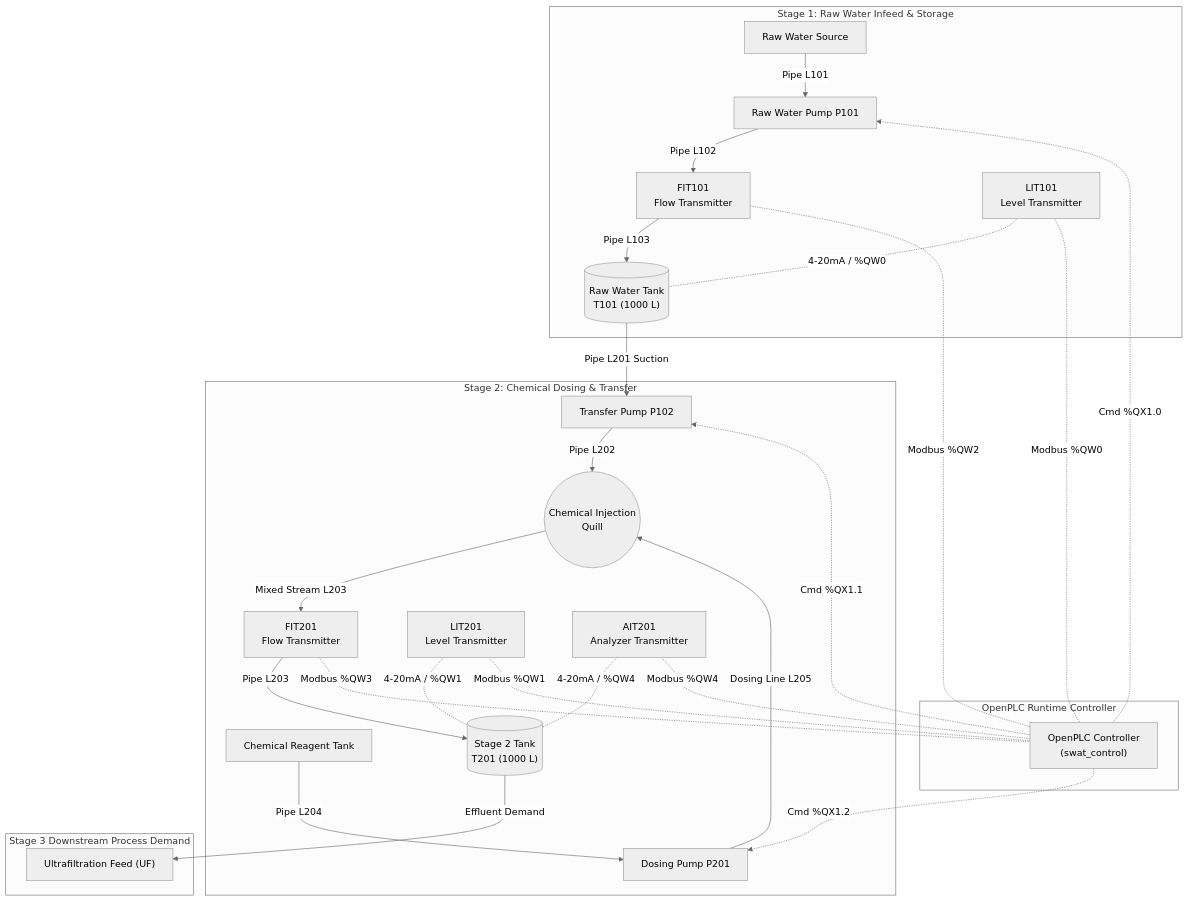
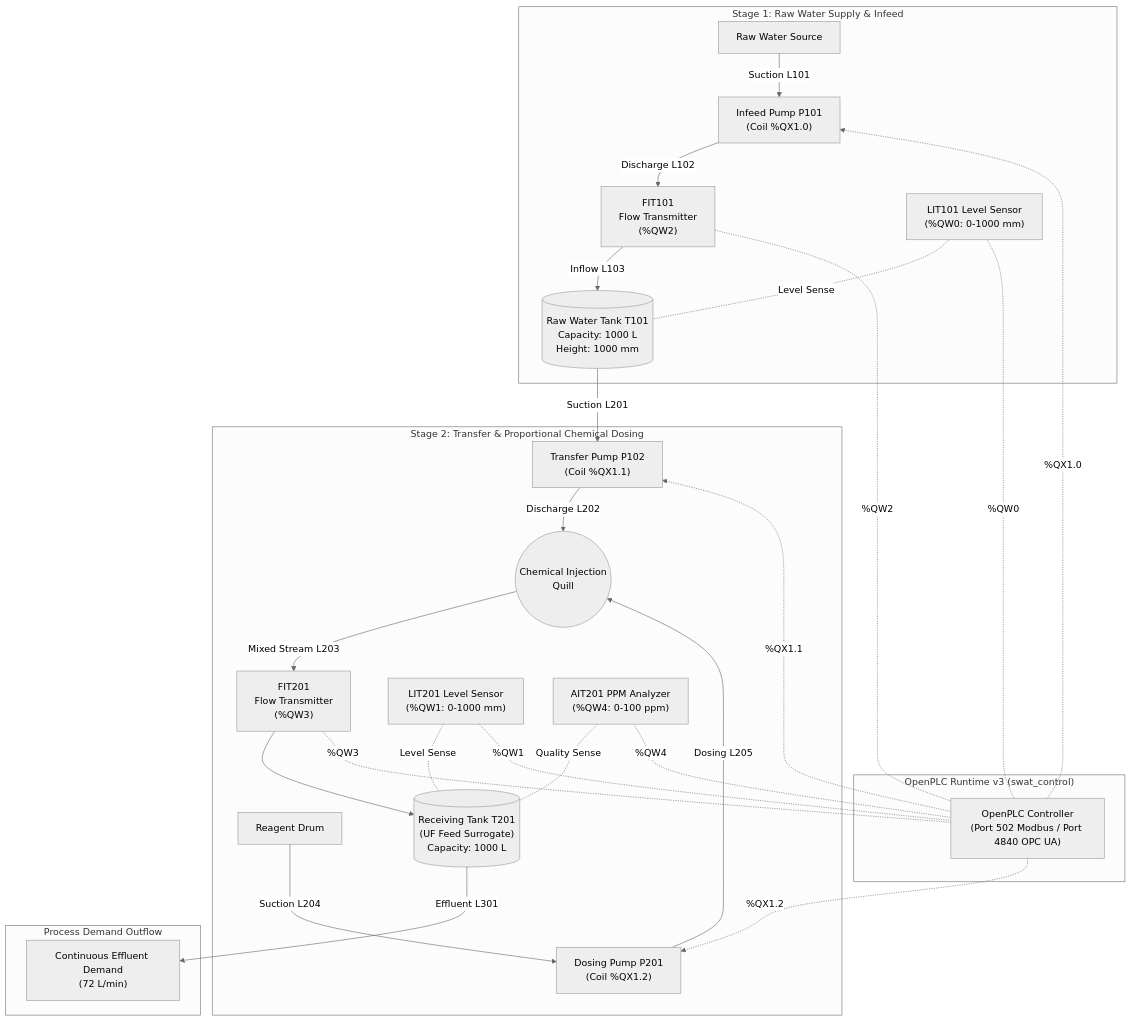
Before and after one commit to mullerjr-create/autonomous-industrial-plant: the second of 2 diagrams in docs/PID_SPECIFICATION.md, drawn with Mermaid (neutral theme). The commit also changed other lines of this file and 4 other files, not shown here.

````diff
--- a/docs/PID_SPECIFICATION.md
+++ b/docs/PID_SPECIFICATION.md
@@ -29,39 +65,42 @@
 ```mermaid
 graph TD
-    subgraph STAGE_1["Stage 1: Raw Water Infeed & Storage"]
-        SUPPLY["Raw Water Source"] -->|Pipe L101| P101["Raw Water Pump P101"]
-        P101 -->|Pipe L102| FIT101["FIT101\nFlow Transmitter"]
-        FIT101 -->|Pipe L103| T101[("Raw Water Tank\nT101 (1000 L)")]
-        LIT101["LIT101\nLevel Transmitter"] -.-|4-20mA / %QW0| T101
+    subgraph EMULATION_STAGE_1["Stage 1: Raw Water Supply & Infeed"]
+        RAW_SOURCE["Raw Water Source"] -->|Suction L101| P101["Infeed Pump P101\n(Coil %QX1.0)"]
+        P101 -->|Discharge L102| FIT101["FIT101\nFlow Transmitter\n(%QW2)"]
+        FIT101 -->|Inflow L103| T101[("Raw Water Tank T101\nCapacity: 1000 L\nHeight: 1000 mm")]
+        LIT101["LIT101 Level Sensor\n(%QW0: 0-1000 mm)"] -.-|Level Sense| T101
     end
 
-    subgraph STAGE_2["Stage 2: Chemical Dosing & Transfer"]
-        T101 -->|Pipe L201 Suction| P102["Transfer Pump P102"]
-        CHEM_DRUM["Chemical Reagent Tank"] -->|Pipe L204| P201["Dosing Pump P201"]
-        P201 -->|Dosing Line L205| INJECTION(("Chemical Injection\nQuill"))
-        P102 -->|Pipe L202| INJECTION
-        INJECTION -->|Mixed Stream L203| FIT201["FIT201\nFlow Transmitter"]
-        FIT201 -->|Pipe L203| T201[("Stage 2 Tank\nT201 (1000 L)")]
-        LIT201["LIT201\nLevel Transmitter"] -.-|4-20mA / %QW1| T201
-        AIT201["AIT201\nAnalyzer Transmitter"] -.-|4-20mA / %QW4| T201
+    subgraph EMULATION_STAGE_2["Stage 2: Transfer & Proportional Chemical Dosing"]
+        T101 -->|Suction L201| P102["Transfer Pump P102\n(Coil %QX1.1)"]
+        CHEM_DRUM["Reagent Drum"] -->|Suction L204| P201["Dosing Pump P201\n(Coil %QX1.2)"]
+        
+        P102 -->|Discharge L202| INJECT(("Chemical Injection\nQuill"))
+        P201 -->|Dosing L205| INJECT
+        
+        INJECT -->|Mixed Stream L203| FIT201["FIT201\nFlow Transmitter\n(%QW3)"]
+        FIT201 --> T201[("Receiving Tank T201\n(UF Feed Surrogate)\nCapacity: 1000 L")]
+        LIT201["LIT201 Level Sensor\n(%QW1: 0-1000 mm)"] -.-|Level Sense| T201
+        AIT201["AIT201 PPM Analyzer\n(%QW4: 0-100 ppm)"] -.-|Quality Sense| T201
     end
 
-    subgraph DOWNSTREAM["Stage 3 Downstream Process Demand"]
-        T201 -->|Effluent Demand| OUTFLOW["Ultrafiltration Feed (UF)"]
+    subgraph DOWNSTREAM["Process Demand Outflow"]
+        T201 -->|Effluent L301| DEMAND["Continuous Effluent Demand\n(72 L/min)"]
     end
 
-    subgraph OT_CONTROL["OpenPLC Runtime Controller"]
-        PLC["OpenPLC Controller\n(swat_control)"]
+    subgraph PLC_LAYER["OpenPLC Runtime v3 (swat_control)"]
+        PLC["OpenPLC Controller\n(Port 502 Modbus / Port 4840 OPC UA)"]
     end
 
-    %% Signal Lines
-    FIT101 -.-|Modbus %QW2| PLC
-    FIT201 -.-|Modbus %QW3| PLC
-    LIT101 -.-|Modbus %QW0| PLC
-    LIT201 -.-|Modbus %QW1| PLC
-    AIT201 -.-|Modbus %QW4| PLC
+    %% Sensor Telemetry
+    LIT101 -.-|%QW0| PLC
+    LIT201 -.-|%QW1| PLC
+    FIT101 -.-|%QW2| PLC
+    FIT201 -.-|%QW3| PLC
+    AIT201 -.-|%QW4| PLC
 
-    PLC -.->|Cmd %QX1.0| P101
-    PLC -.->|Cmd %QX1.1| P102
-    PLC -.->|Cmd %QX1.2| P201
+    %% Control Commands
+    PLC -.->|%QX1.0| P101
+    PLC -.->|%QX1.1| P102
+    PLC -.->|%QX1.2| P201
 ```
````
